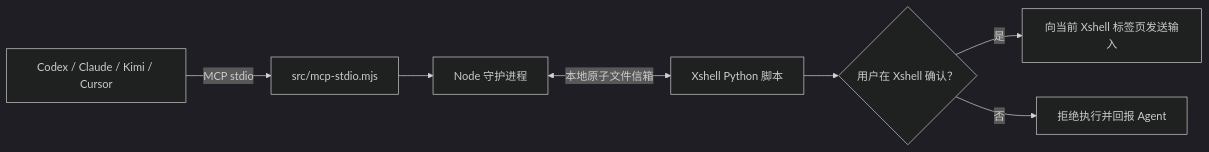
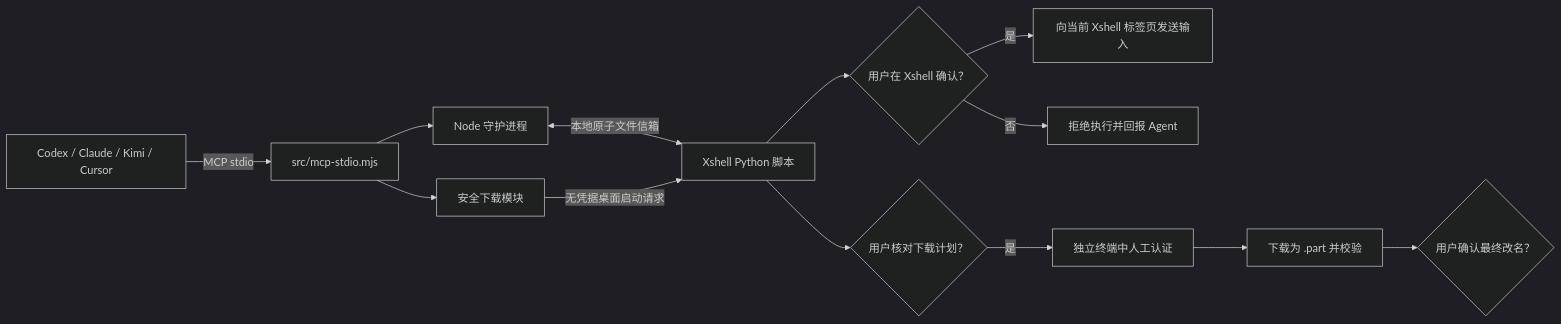
Before and after one commit to zhenyuanfan/xshell-agent-bridge: the diagram in README.md, drawn with Mermaid (dark theme). The commit also changed other lines of this file and 17 other files, not shown here.

````diff
--- a/README.md
+++ b/README.md
@@ -25,9 +28,15 @@
 ```mermaid
 flowchart LR
   A["Codex / Claude / Kimi / Cursor"] -->|"MCP stdio"| B["src/mcp-stdio.mjs"]
   B --> C["Node 守护进程"]
   C <-->|"本地原子文件信箱"| D["Xshell Python 脚本"]
   D --> F{"用户在 Xshell 确认？"}
   F -->|"是"| E["向当前 Xshell 标签页发送输入"]
   F -->|"否"| G["拒绝执行并回报 Agent"]
+  B --> H["安全下载模块"]
+  H -->|"无凭据桌面启动请求"| D
+  D --> I{"用户核对下载计划？"}
+  I -->|"是"| J["独立终端中人工认证"]
+  J --> K["下载为 .part 并校验"]
+  K --> L{"用户确认最终改名？"}
 ```
````
